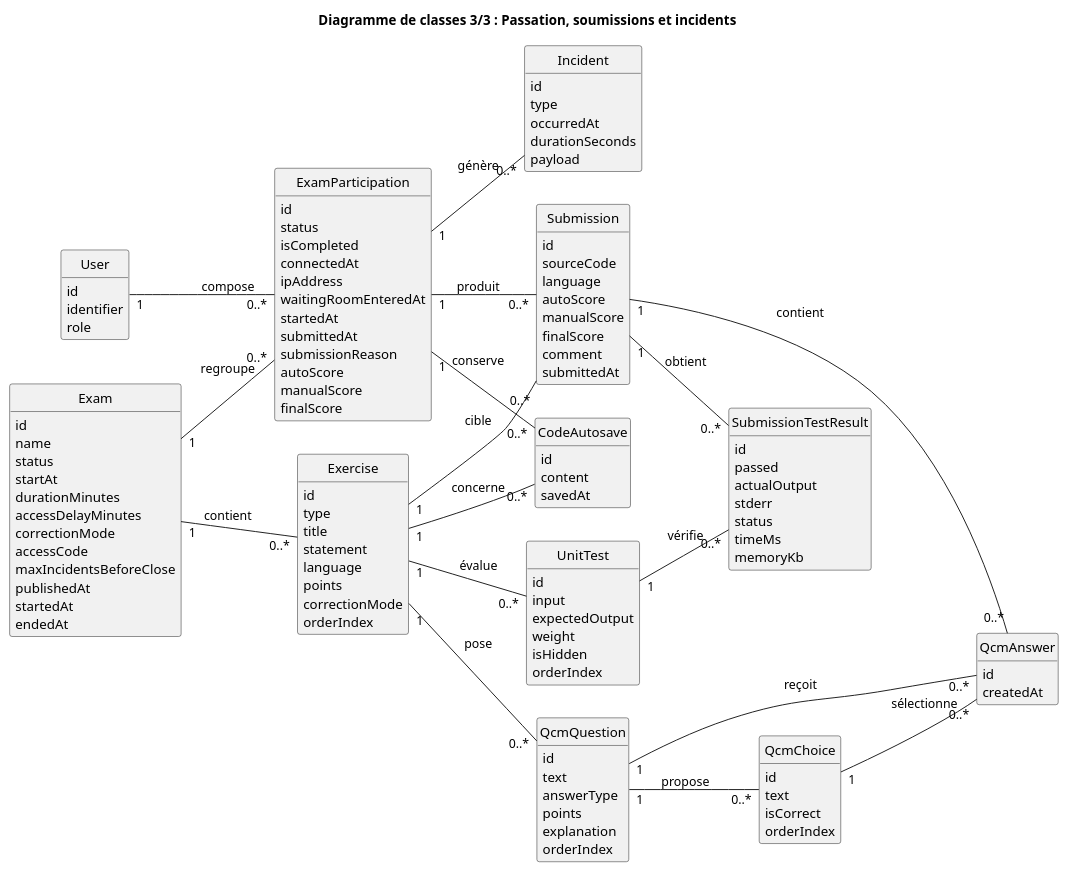
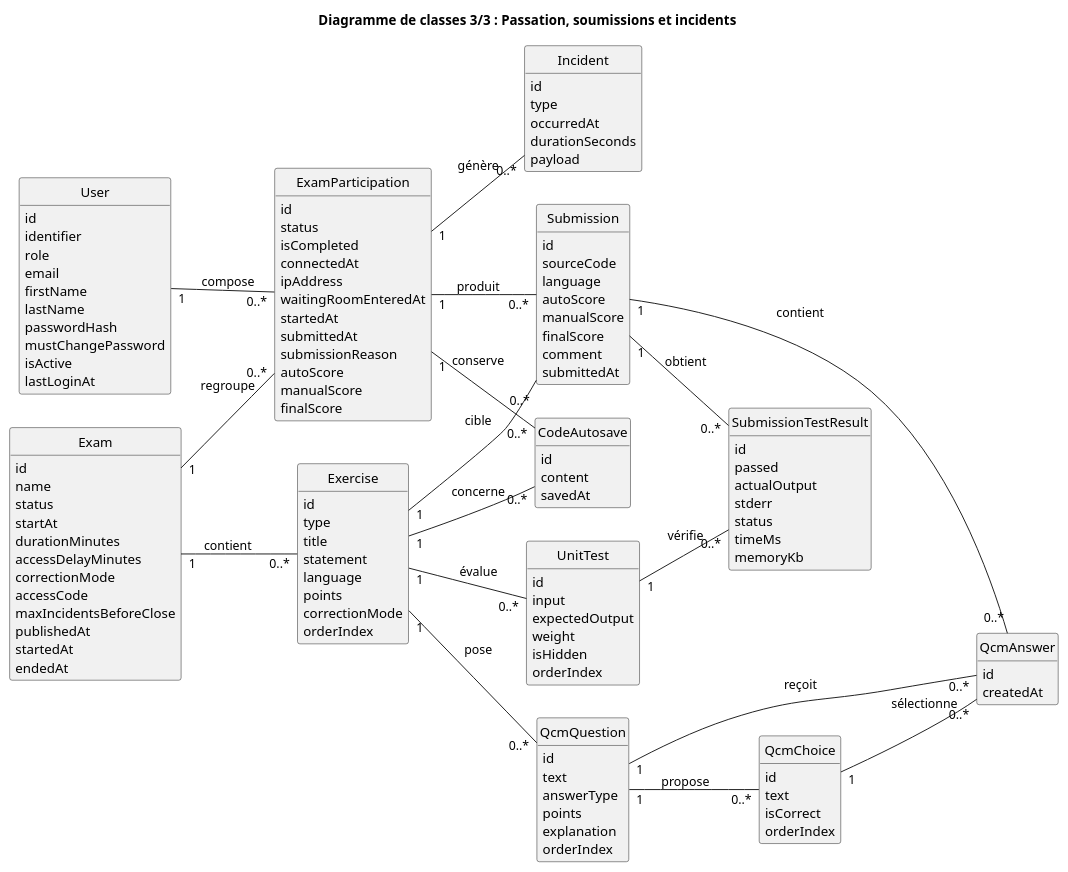
One commit to progirix/cylentic changed the diagram in docs/diagrammes/05b2_classes_passation.puml. Above: the diagram before and after it, drawn with PlantUML.

Commit message:
Rétablit tous les attributs de User dans le diagramme 3/3

```diff
--- a/docs/diagrammes/05b2_classes_passation.puml
+++ b/docs/diagrammes/05b2_classes_passation.puml
@@ -1,141 +1,148 @@
 @startuml
 left to right direction
 skinparam shadowing false
 skinparam classAttributeIconSize 0
 skinparam nodesep 35
 skinparam ranksep 40
 hide empty methods
 hide circle
 
 title Diagramme de classes 3/3 : Passation, soumissions et incidents
 
 class User {
   id
   identifier
   role
+  email
+  firstName
+  lastName
+  passwordHash
+  mustChangePassword
+  isActive
+  lastLoginAt
 }
 
 class Exam {
   id
   name
   status
   startAt
   durationMinutes
   accessDelayMinutes
   correctionMode
   accessCode
   maxIncidentsBeforeClose
   publishedAt
   startedAt
   endedAt
 }
 
 class Exercise {
   id
   type
   title
   statement
   language
   points
   correctionMode
   orderIndex
 }
 
 class UnitTest {
   id
   input
   expectedOutput
   weight
   isHidden
   orderIndex
 }
 
 class QcmQuestion {
   id
   text
   answerType
   points
   explanation
   orderIndex
 }
 
 class QcmChoice {
   id
   text
   isCorrect
   orderIndex
 }
 
 class ExamParticipation {
   id
   status
   isCompleted
   connectedAt
   ipAddress
   waitingRoomEnteredAt
   startedAt
   submittedAt
   submissionReason
   autoScore
   manualScore
   finalScore
 }
 
 class Submission {
   id
   sourceCode
   language
   autoScore
   manualScore
   finalScore
   comment
   submittedAt
 }
 
 class SubmissionTestResult {
   id
   passed
   actualOutput
   stderr
   status
   timeMs
   memoryKb
 }
 
 class QcmAnswer {
   id
   createdAt
 }
 
 class CodeAutosave {
   id
   content
   savedAt
 }
 
 class Incident {
   id
   type
   occurredAt
   durationSeconds
   payload
 }
 
 Exam "1" -- "0..*" ExamParticipation : "regroupe"
 User "1" -- "0..*" ExamParticipation : "compose"
 ExamParticipation "1" -- "0..*" Submission : "produit"
 Exercise "1" -- "0..*" Submission : "cible"
 ExamParticipation "1" -- "0..*" CodeAutosave : "conserve"
 Exercise "1" -- "0..*" CodeAutosave : "concerne"
 ExamParticipation "1" -- "0..*" Incident : "génère"
 Submission "1" -- "0..*" SubmissionTestResult : "obtient"
 UnitTest "1" -- "0..*" SubmissionTestResult : "vérifie"
 Submission "1" -- "0..*" QcmAnswer : "contient"
 QcmQuestion "1" -- "0..*" QcmAnswer : "reçoit"
 QcmChoice "1" -- "0..*" QcmAnswer : "sélectionne"
 Exam "1" -- "0..*" Exercise : "contient"
 Exercise "1" -- "0..*" UnitTest : "évalue"
 Exercise "1" -- "0..*" QcmQuestion : "pose"
 QcmQuestion "1" -- "0..*" QcmChoice : "propose"
 
 @enduml
```
